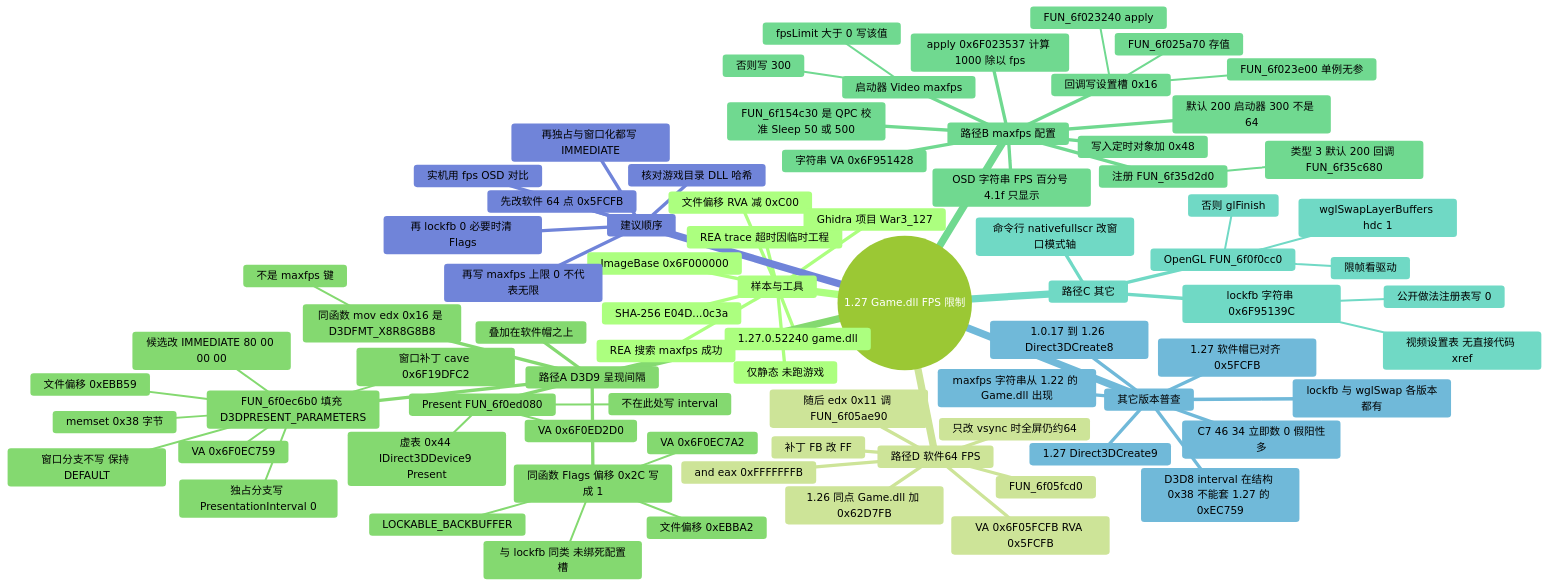
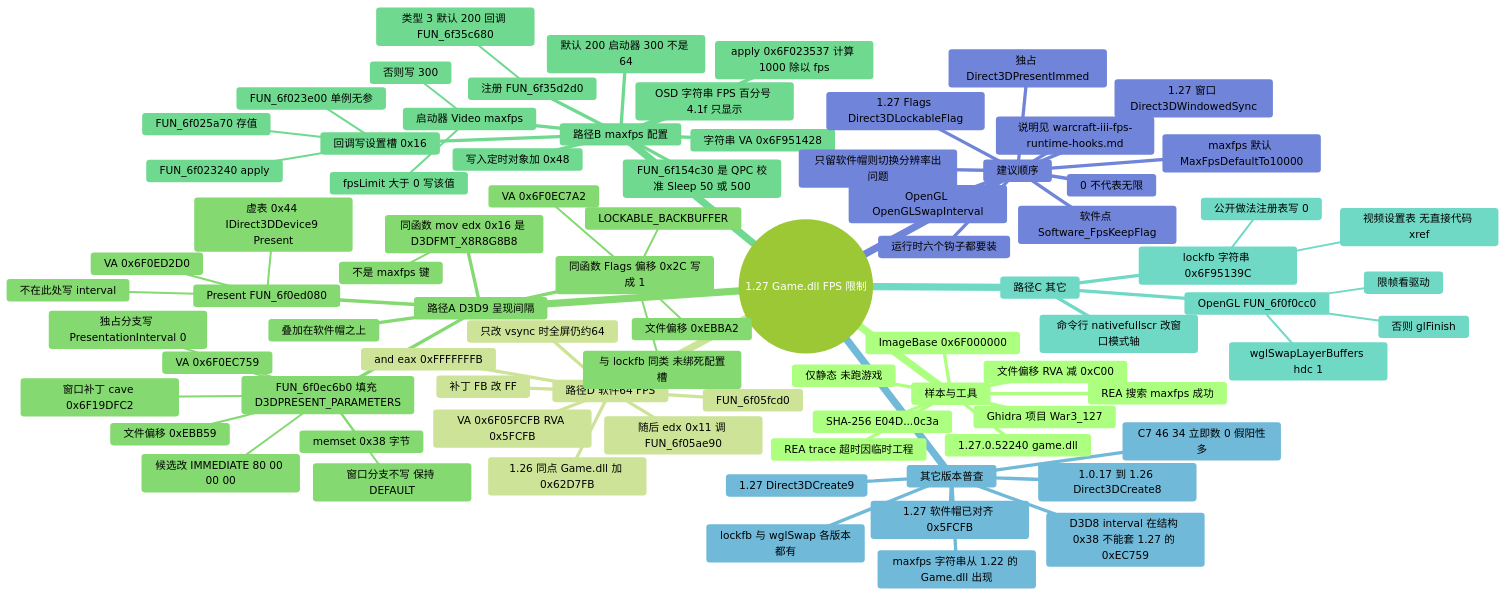
Before and after one commit to wuxiancong/War3Analysis: the diagram in analyses/warcraft-iii-1.27-fps-unlock-mindmap.md, drawn with Mermaid (forest theme). The commit also changed 5 other files, not shown here.

````diff
--- a/analyses/warcraft-iii-1.27-fps-unlock-mindmap.md
+++ b/analyses/warcraft-iii-1.27-fps-unlock-mindmap.md
@@ -75,10 +75,14 @@
       D3D8 interval 在结构 0x38 不能套 1.27 的 0xEC759
       C7 46 34 立即数 0 假阳性多
     建议顺序
-      先改软件 64 点 0x5FCFB
-      再独占与窗口化都写 IMMEDIATE
-      再 lockfb 0 必要时清 Flags
-      再写 maxfps 上限 0 不代表无限
-      核对游戏目录 DLL 哈希
-      实机用 fps OSD 对比
+      运行时六个钩子都要装
+      只留软件帽则切换分辨率出问题
+      说明见 warcraft-iii-fps-runtime-hooks.md
+      软件点 Software_FpsKeepFlag
+      独占 Direct3DPresentImmed
+      1.27 窗口 Direct3DWindowedSync
+      1.27 Flags Direct3DLockableFlag
+      OpenGL OpenGLSwapInterval
+      maxfps 默认 MaxFpsDefaultTo10000
+      0 不代表无限
 ```
````
